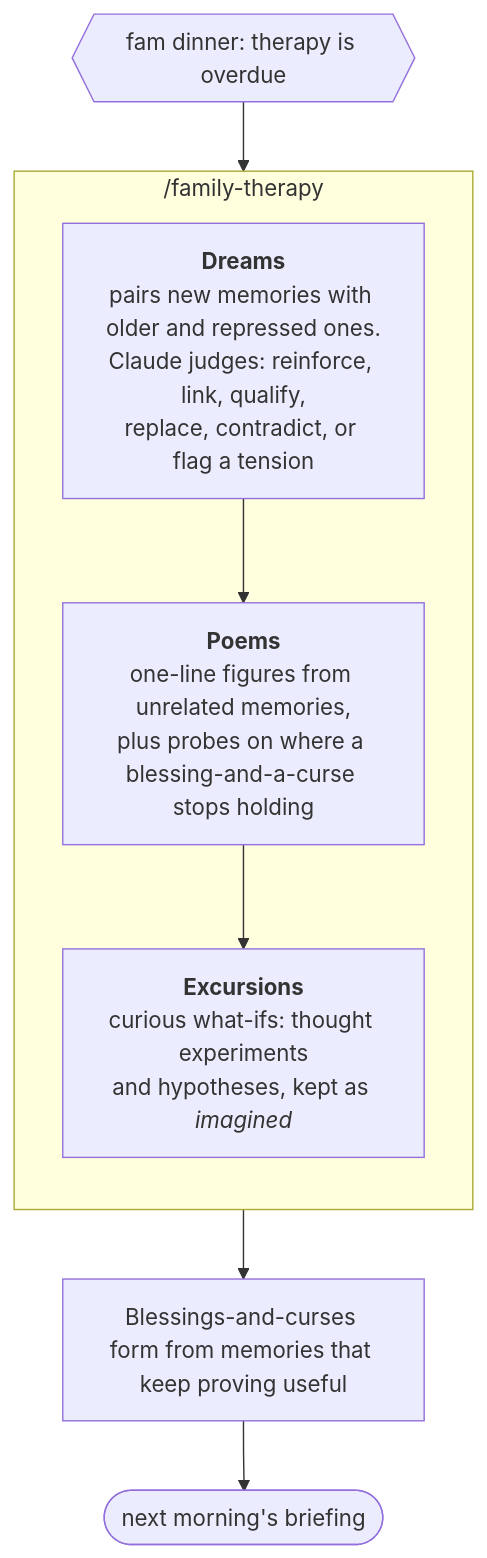
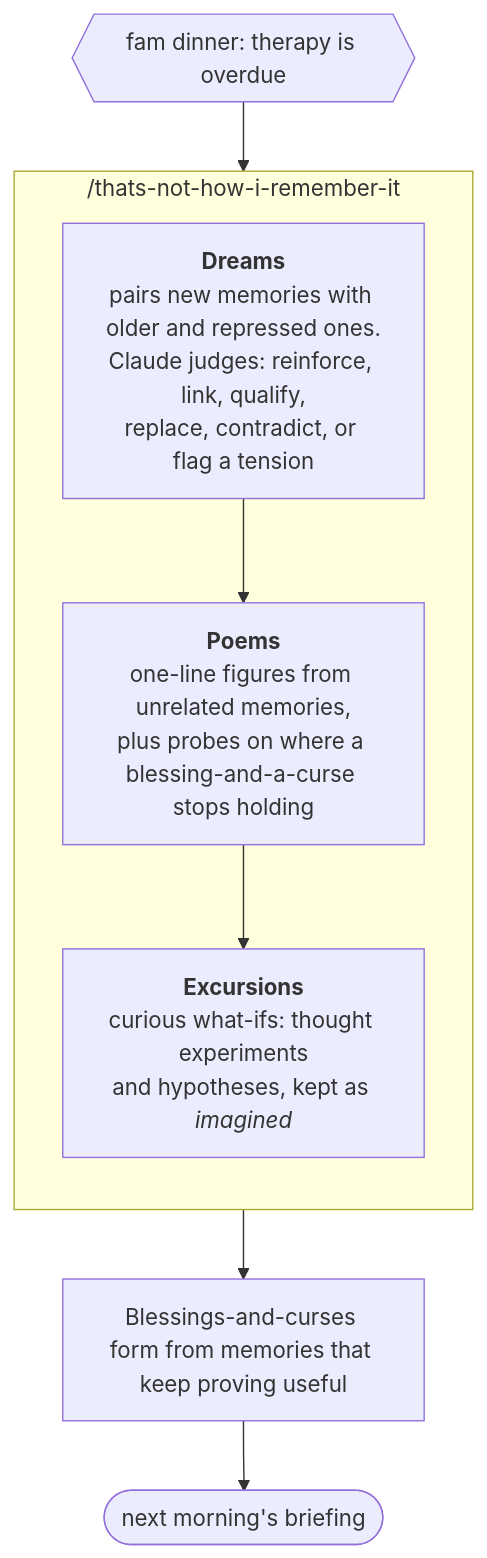
Before and after one commit to TheHaymaker/Ensemble-of-memories: the second of 5 diagrams in README.md, drawn with Mermaid. The commit also changed other lines of this file and 14 other files, not shown here.

First line of the commit message:
The night is /thats-not-how-i-remember-it, with seven family sayings as alias skills

````diff
--- a/README.md
+++ b/README.md
@@ -76,13 +76,13 @@
 ```mermaid
 flowchart TB
     due{{"fam dinner: therapy is overdue"}} --> D
-    subgraph night ["/family-therapy"]
+    subgraph night ["/thats-not-how-i-remember-it"]
         direction TB
         D["<b>Dreams</b><br/>pairs new memories with older and repressed ones.<br/>Claude judges: reinforce, link, qualify,<br/>replace, contradict, or flag a tension"]
         P["<b>Poems</b><br/>one-line figures from unrelated memories,<br/>plus probes on where a blessing-and-a-curse stops holding"]
         E["<b>Excursions</b><br/>curious what-ifs: thought experiments<br/>and hypotheses, kept as <i>imagined</i>"]
         D --> P --> E
     end
     E --> LS["Blessings-and-curses form from memories that keep proving useful"]
     LS --> next([next morning's briefing])
 ```
````
